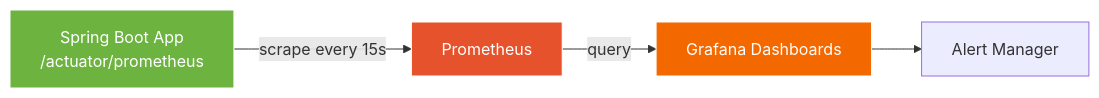
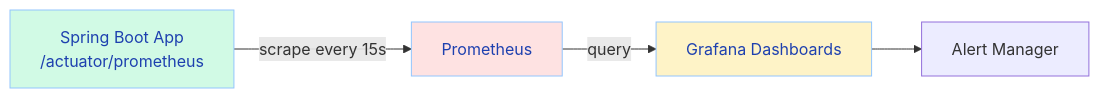
Before and after one commit to saivamsikaruturi/vamsilabs-dev-notes-main: the third of 3 diagrams in docs/springboot/actuator.md, drawn with Mermaid. The commit also changed other lines of this file and 220 other files, not shown here.

First line of the commit message:
Add 50+ new Java/Spring Boot pages, rewrite CSS code blocks to Oracle style, fix all diagram colors

````diff
--- a/docs/springboot/actuator.md
+++ b/docs/springboot/actuator.md
@@ -365,10 +365,10 @@
 ```mermaid
 flowchart LR
     App["Spring Boot App<br/>/actuator/prometheus"] -->|"scrape every 15s"| Prom["Prometheus"]
     Prom -->|"query"| Grafana["Grafana Dashboards"]
     Grafana --> Alert["Alert Manager"]
 
-    style App fill:#6DB33F,stroke:#fff,color:#fff
-    style Prom fill:#E6522C,stroke:#fff,color:#fff
-    style Grafana fill:#F46800,stroke:#fff,color:#fff
+    style App fill:#D1FAE5,stroke:#93C5FD,color:#1E40AF
+    style Prom fill:#FEE2E2,stroke:#93C5FD,color:#1E40AF
+    style Grafana fill:#FEF3C7,stroke:#93C5FD,color:#1E40AF
 ```
````
